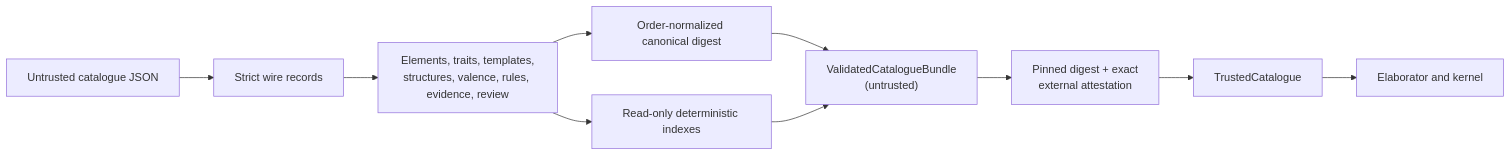
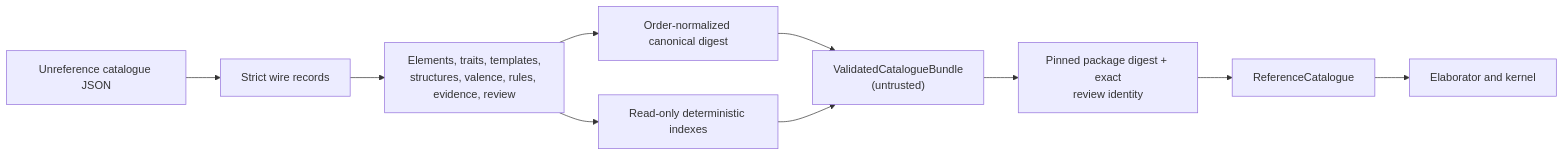
One commit to charles-mills/ChemSpec changed the diagram in crates/chem-catalogue/README.md. Above: the diagram before and after it, drawn with Mermaid. The commit also changed other lines of this file and 81 other files, not shown here.

````diff
--- a/crates/chem-catalogue/README.md
+++ b/crates/chem-catalogue/README.md
@@ -14,12 +14,12 @@
 ```mermaid
 flowchart LR
-    json["Untrusted catalogue JSON"] --> decode["Strict wire records"]
+    json["Unreference catalogue JSON"] --> decode["Strict wire records"]
     decode --> checks["Elements, traits, templates,<br/>structures, valence, rules, evidence, review"]
     checks --> digest["Order-normalized canonical digest"]
     checks --> indexes["Read-only deterministic indexes"]
     digest --> validated["ValidatedCatalogueBundle<br/>(untrusted)"]
     indexes --> validated
-    validated --> trust["Pinned digest + exact<br/>external attestation"]
-    trust --> trusted["TrustedCatalogue"]
-    trusted --> consumers["Elaborator and kernel"]
+    validated --> integrity["Pinned package digest + exact<br/>review identity"]
+    integrity --> reference["ReferenceCatalogue"]
+    reference --> consumers["Elaborator and kernel"]
 ```
````
